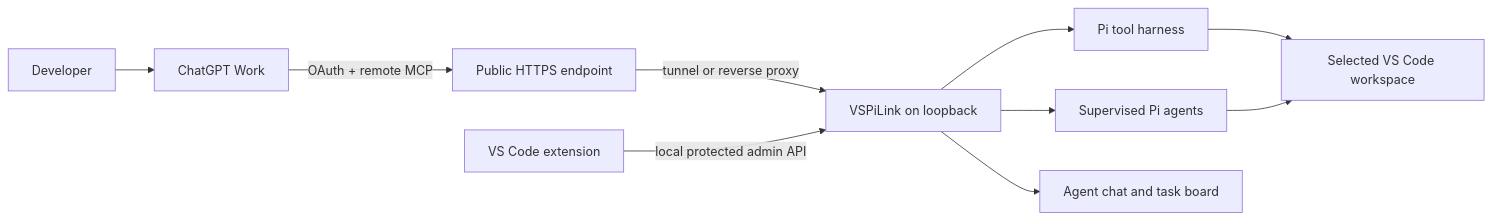
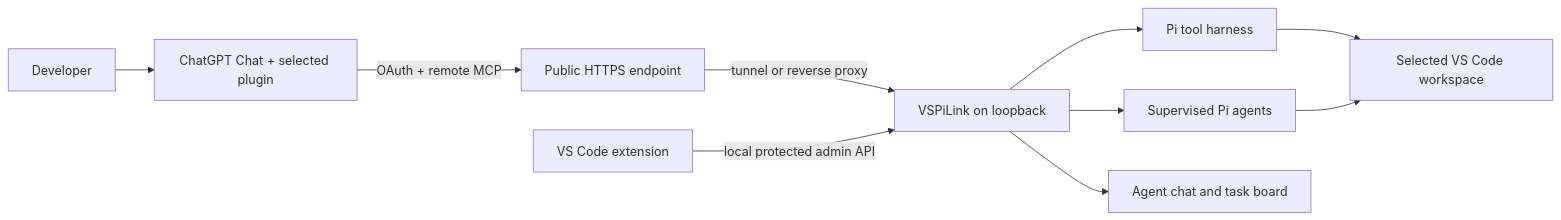
One commit to 0xfunboy/VSPiLink changed the diagram in README.md. Above: the diagram before and after it, drawn with Mermaid. The commit also changed other lines of this file and 29 other files, not shown here.

Commit message:
feat: make ChatGPT setup server-specific and wizard-driven

````diff
--- a/README.md
+++ b/README.md
@@ -41,12 +40,12 @@
 ```mermaid
 flowchart LR
-    User[Developer] --> Work[ChatGPT Work]
-    Work -->|OAuth + remote MCP| Public[Public HTTPS endpoint]
+    User[Developer] --> Chat[ChatGPT Chat + selected plugin]
+    Chat -->|OAuth + remote MCP| Public[Public HTTPS endpoint]
     Public -->|tunnel or reverse proxy| Core[VSPiLink on loopback]
     Core --> Harness[Pi tool harness]
     Core --> Agents[Supervised Pi agents]
     Core --> Collab[Agent chat and task board]
     Harness --> Workspace[Selected VS Code workspace]
     Agents --> Workspace
     VSCode[VS Code extension] -->|local protected admin API| Core
 ```
````
